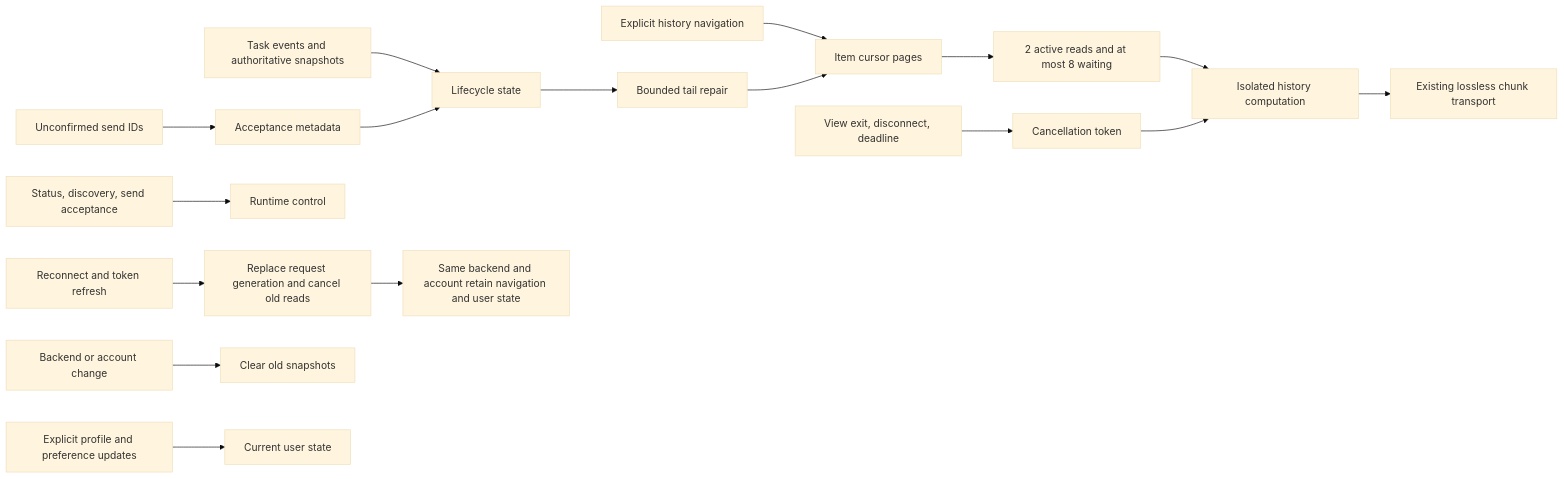
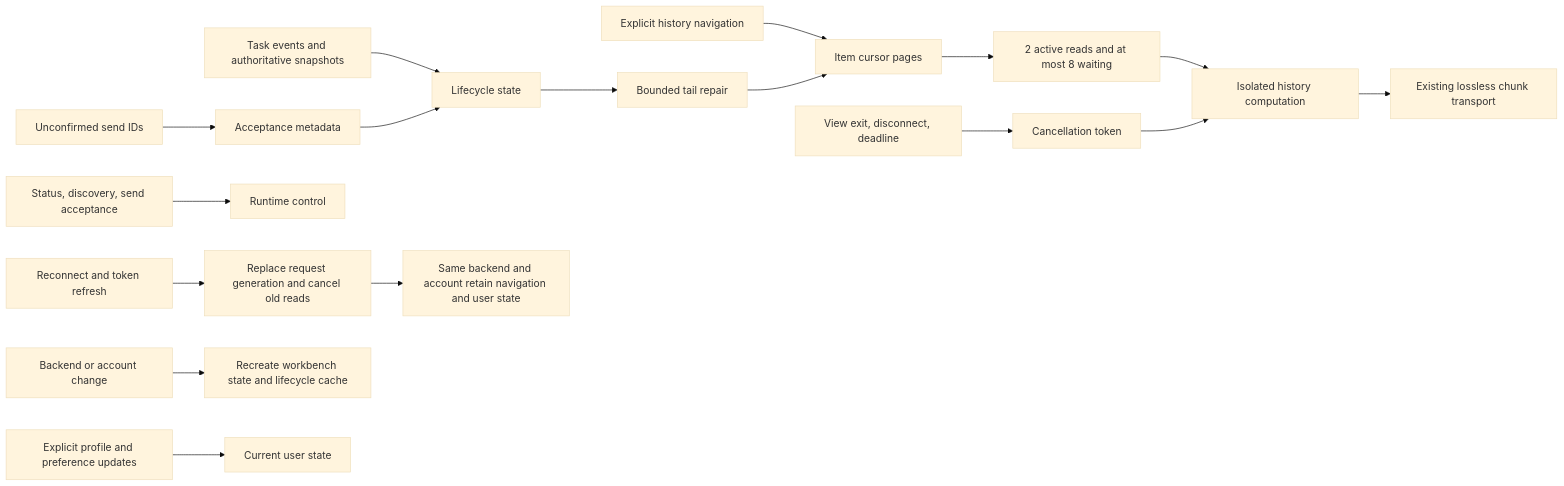
Before and after one commit to wecode-ai/Wegent: the diagram in docs/en/wegent/developer-guide/wework-runtime-responsiveness.md, drawn with Mermaid (base theme). The commit also changed other lines of this file and 4 other files, not shown here.

Commit message:
fix(wework): scope lifecycle state to the workbench owner

````diff
--- a/docs/en/wegent/developer-guide/wework-runtime-responsiveness.md
+++ b/docs/en/wegent/developer-guide/wework-runtime-responsiveness.md
@@ -33,19 +33,19 @@
 ```mermaid
 flowchart LR
     Stream[Task events and authoritative snapshots] --> Lifecycle[Lifecycle state]
     Queue[Unconfirmed send IDs] --> Receipts[Acceptance metadata]
     Receipts --> Lifecycle
     Lifecycle --> Repair[Bounded tail repair]
     User[Explicit history navigation] --> Page[Item cursor pages]
     Repair --> Page
     Page --> Admission[2 active reads and at most 8 waiting]
     Admission --> Worker[Isolated history computation]
     Worker --> Transfer[Existing lossless chunk transport]
     Cancel[View exit, disconnect, deadline] --> Token[Cancellation token]
     Token --> Worker
     Control[Status, discovery, send acceptance] --> Runtime[Runtime control]
     Transport[Reconnect and token refresh] --> Generation[Replace request generation and cancel old reads]
     Generation --> Preserve[Same backend and account retain navigation and user state]
-    Owner[Backend or account change] --> Reset[Clear old snapshots]
+    Owner[Backend or account change] --> Reset[Recreate workbench state and lifecycle cache]
     Profile[Explicit profile and preference updates] --> UserState[Current user state]
 ```
````
